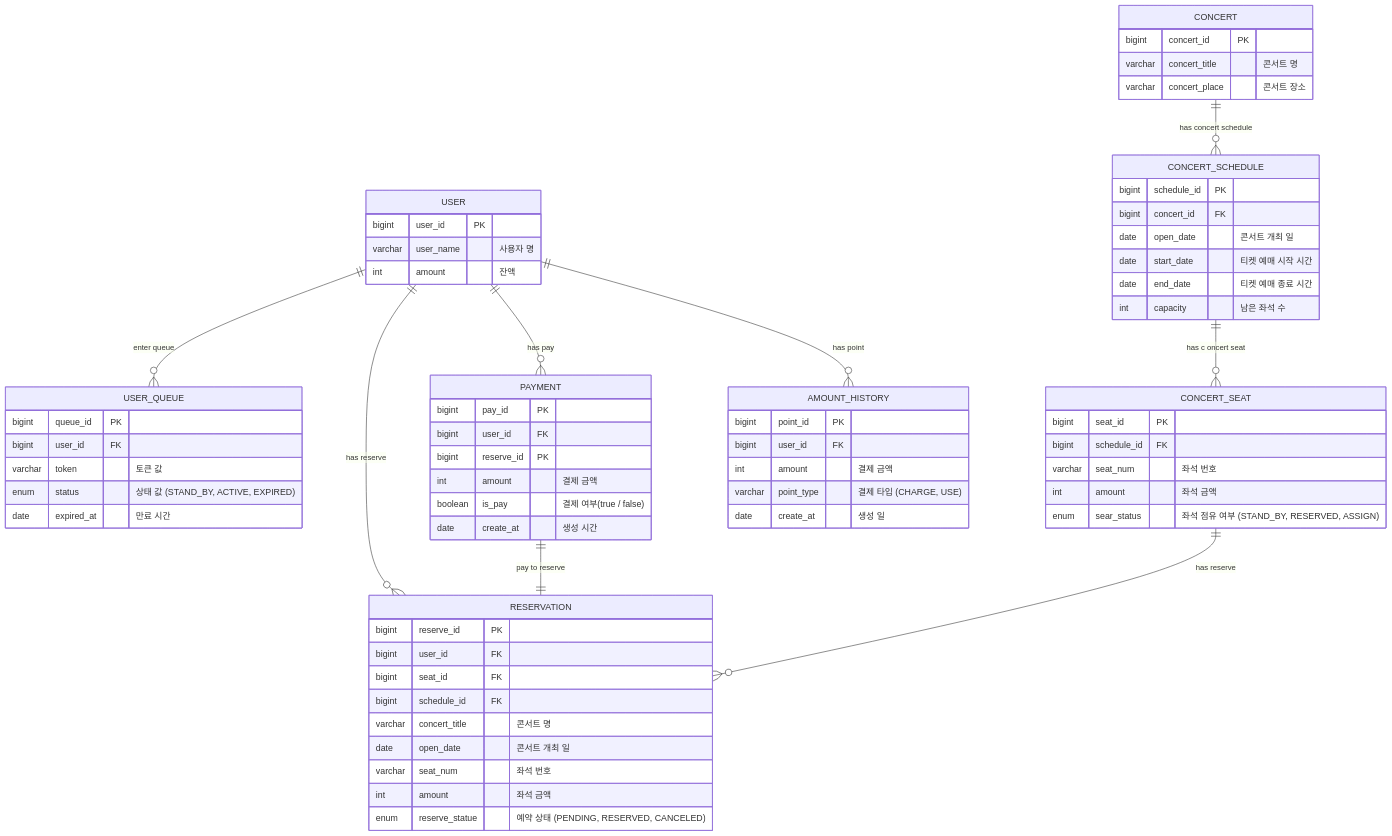
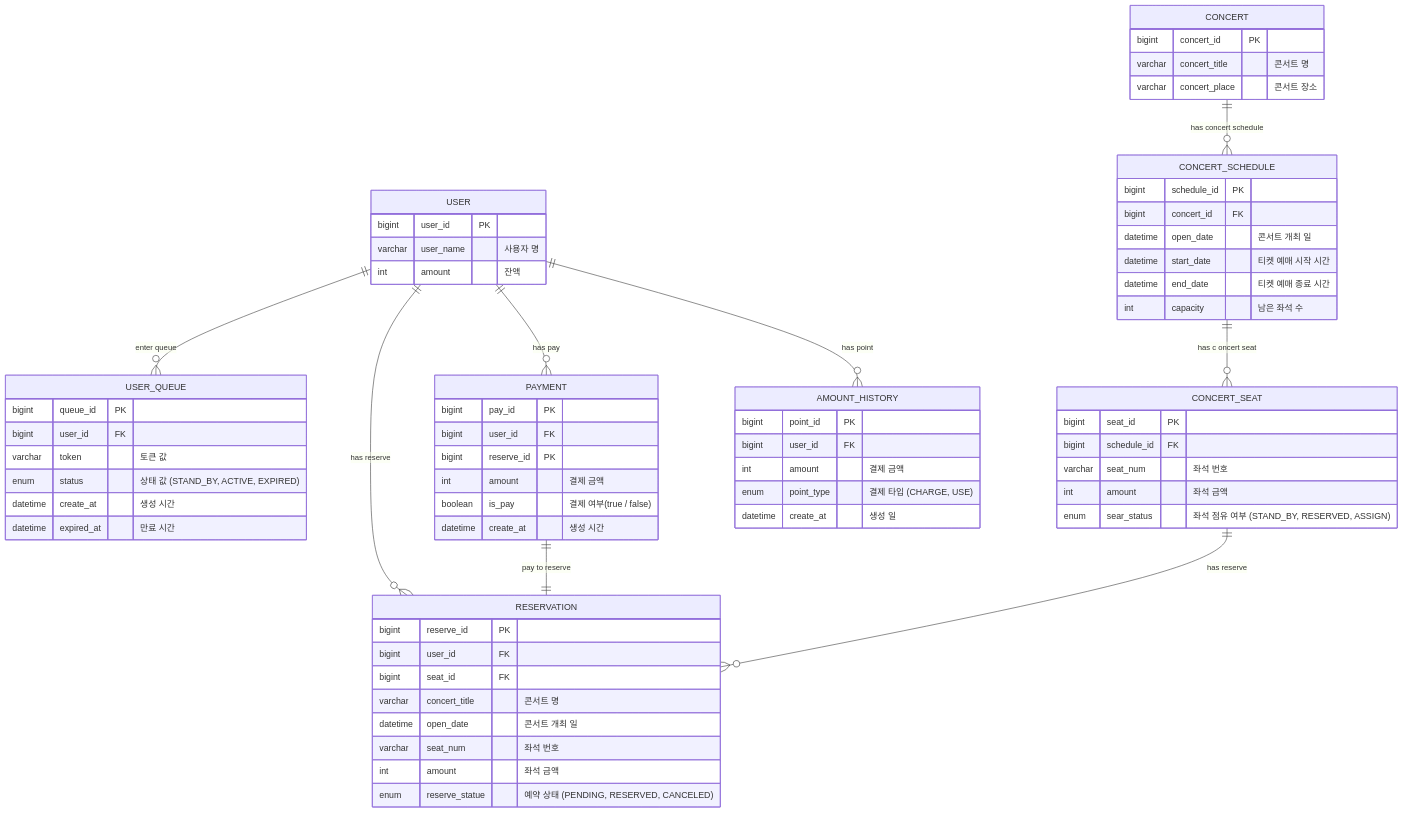
One commit to crimsorry/concert-service changed the diagram in docs/ERD.md. Above: the diagram before and after it, drawn with Mermaid. The commit also changed 16 other files, not shown here.

````diff
--- a/docs/ERD.md
+++ b/docs/ERD.md
@@ -3,70 +3,70 @@
 ```mermaid
 erDiagram
     USER {
         bigint user_id PK
         varchar user_name "사용자 명"
         int amount "잔액"
     }
     USER_QUEUE {
         bigint queue_id PK
         bigint user_id FK
         varchar token "토큰 값"
         enum status "상태 값 (STAND_BY, ACTIVE, EXPIRED)"
-        date expired_at "만료 시간"
+        datetime create_at "생성 시간"
+        datetime expired_at "만료 시간"
     }
     CONCERT {
         bigint concert_id PK
         varchar concert_title "콘서트 명"
         varchar concert_place "콘서트 장소"
     }
     CONCERT_SCHEDULE {
         bigint schedule_id PK
         bigint concert_id FK
-        date open_date "콘서트 개최 일"
-        date start_date "티켓 예매 시작 시간"
-        date end_date "티켓 예매 종료 시간"
+        datetime open_date "콘서트 개최 일"
+        datetime start_date "티켓 예매 시작 시간"
+        datetime end_date "티켓 예매 종료 시간"
         int capacity "남은 좌석 수"
     }
     CONCERT_SEAT {
         bigint seat_id PK
         bigint schedule_id FK
         varchar seat_num "좌석 번호"
         int amount "좌석 금액"
         enum sear_status "좌석 점유 여부 (STAND_BY, RESERVED, ASSIGN)"
     }
     PAYMENT {
         bigint pay_id PK
         bigint user_id FK
         bigint reserve_id PK
         int amount "결제 금액"
         boolean is_pay "결제 여부(true / false)"
-        date create_at "생성 시간"
+        datetime create_at "생성 시간"
     }
     RESERVATION {
         bigint reserve_id PK
         bigint user_id FK
         bigint seat_id FK
-        bigint schedule_id FK
         varchar concert_title "콘서트 명"
-        date open_date "콘서트 개최 일"
+        datetime open_date "콘서트 개최 일"
         varchar seat_num "좌석 번호"
         int amount "좌석 금액"
         enum reserve_statue "예약 상태 (PENDING, RESERVED, CANCELED)"
     }
     AMOUNT_HISTORY {
         bigint point_id PK
         bigint user_id FK
         int amount "결제 금액"
-       	varchar point_type "결제 타입 (CHARGE, USE)"
-        date create_at "생성 일"
+       	enum point_type "결제 타입 (CHARGE, USE)"
+        datetime create_at "생성 일"
     }
 	USER ||--o{ USER_QUEUE : "enter queue"
     USER ||--o{ PAYMENT : "has pay"
     USER ||--o{ RESERVATION : "has reserve"
     USER ||--o{ AMOUNT_HISTORY : "has point"
     CONCERT ||--o{ CONCERT_SCHEDULE : "has concert schedule"
     CONCERT_SCHEDULE ||--o{ CONCERT_SEAT : "has c oncert seat"
     PAYMENT ||--|| RESERVATION : "pay to reserve"
     CONCERT_SEAT ||--o{ RESERVATION : "has reserve"
     
 ```
````
